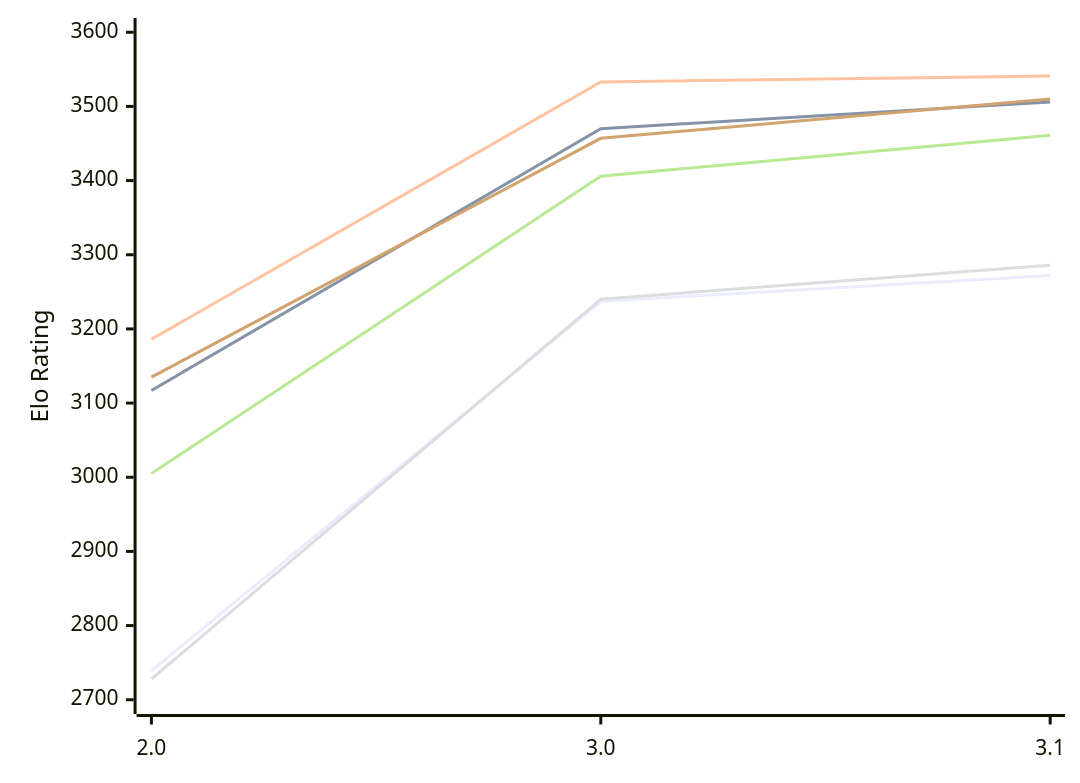
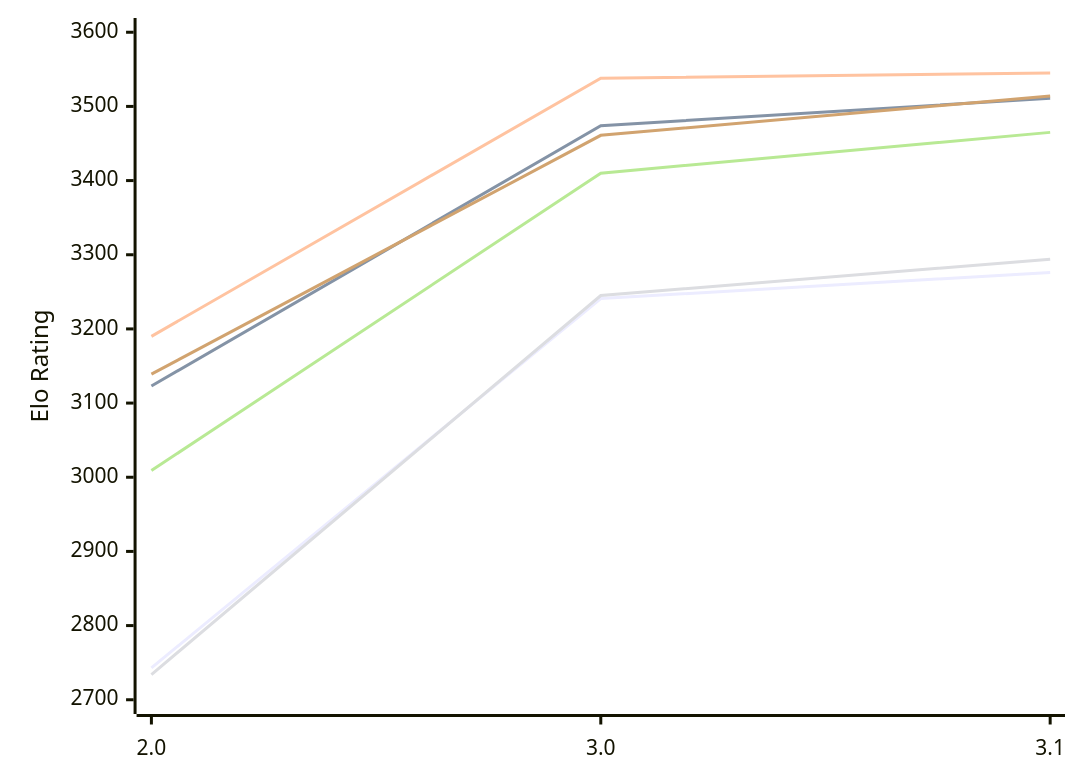
The diagram in engines/Funcomp.md (computer-chess-index/cci), drawn with Mermaid before and after one commit. The commit also changed other lines of this file, not shown here.

Commit message:
Update CCI Ratings (ELO VLTC) - 2026-11-20

````diff
--- a/engines/Funcomp.md
+++ b/engines/Funcomp.md
@@ -51,12 +51,12 @@
 ```mermaid
 %%{init: {"theme":"base","themeVariables":{"seriesColors:['#a3a3a3','#222221','#faa371']}}}%%
 xychart-beta
   x-axis ["2.0", "3.0", "3.1"]
   y-axis "Elo Rating" 2700 --> 3600
-  line "E1: STC (8.0+0.08s)" [2739, 3237, 3272]
-  line "E1: LTC (60.0+0.60s)" [3117, 3470, 3506]
-  line "E1: VLTC (2m24s+1.12s)" [3186, 3533, 3541]
-  line "P1: STC (8.0+0.08s)" [2728, 3240, 3286]
-  line "P1: LTC (60.0+0.60s)" [3005, 3406, 3461]
-  line "P1: VLTC (2m24s+1.12s)" [3135, 3457, 3510]
+  line "E1: STC (8.0+0.08s)" [2743, 3241, 3276]
+  line "E1: LTC (60.0+0.60s)" [3123, 3474, 3511]
+  line "E1: VLTC (2m24s+1.12s)" [3190, 3538, 3545]
+  line "P1: STC (8.0+0.08s)" [2734, 3245, 3294]
+  line "P1: LTC (60.0+0.60s)" [3009, 3410, 3465]
+  line "P1: VLTC (2m24s+1.12s)" [3139, 3461, 3514]
 ```
````
